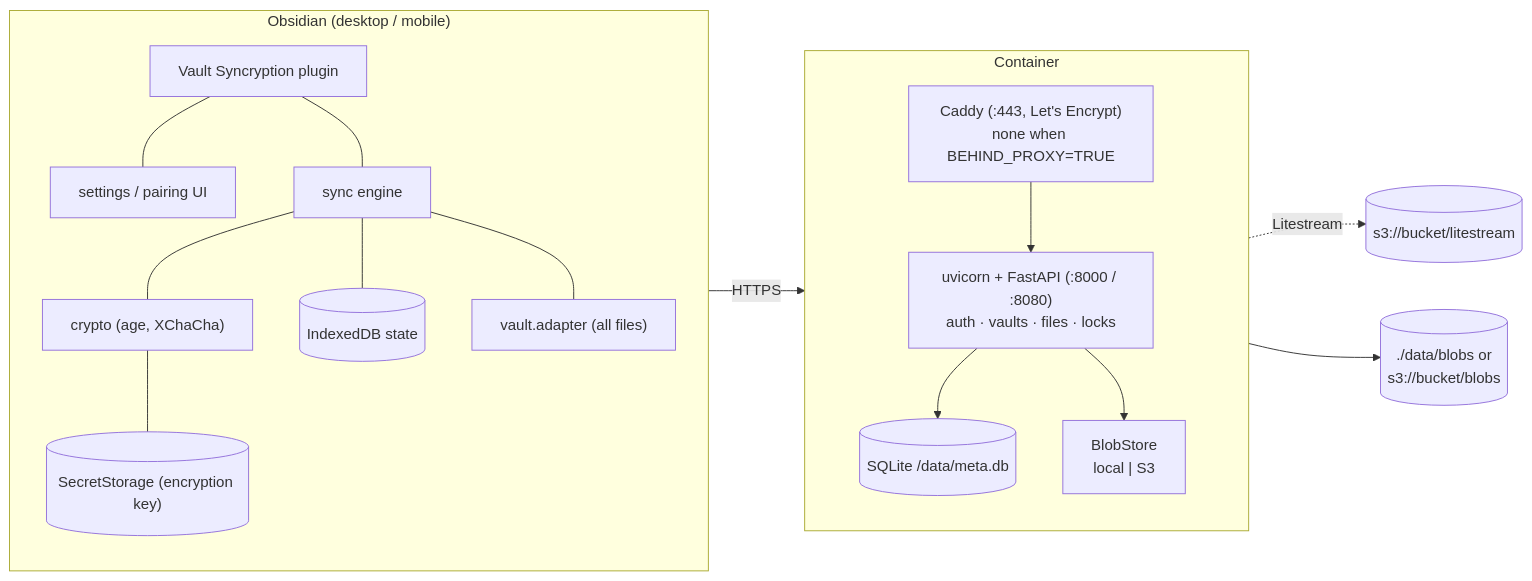
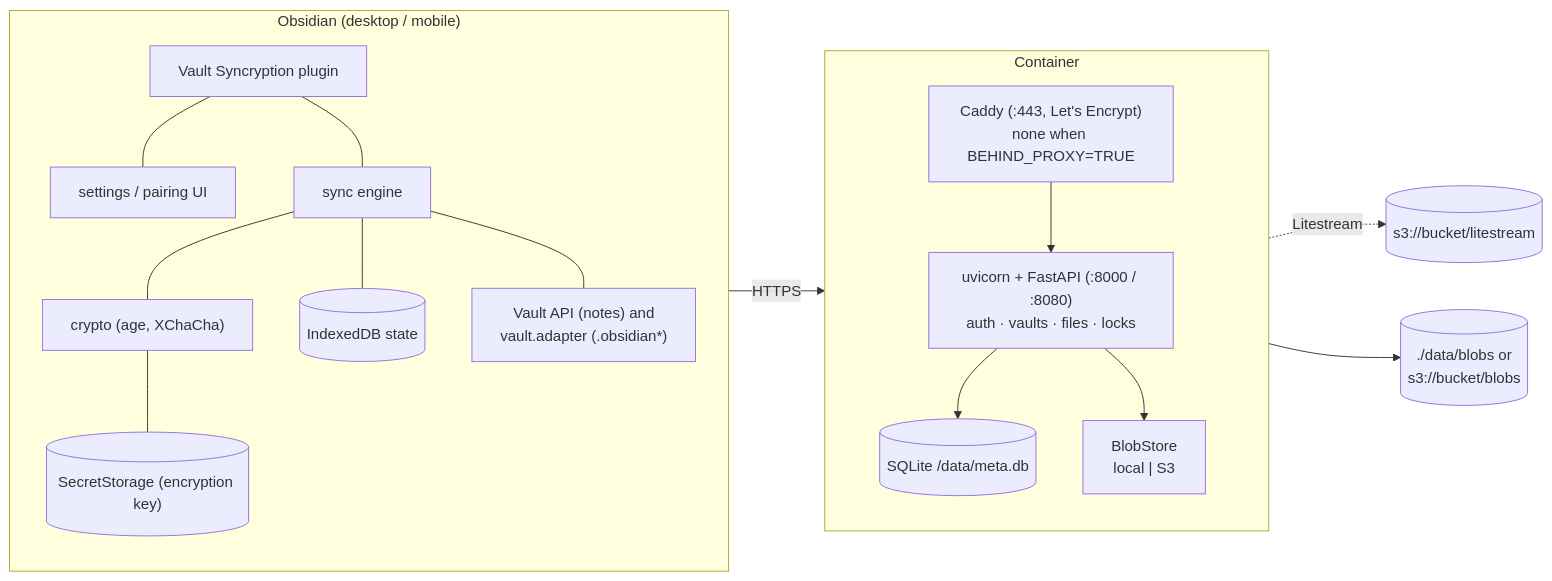
Before and after one commit to ibehren1/obsidian-vault-syncryption-beta: the first of 3 diagrams in docs/architecture.md, drawn with Mermaid. The commit also changed other lines of this file and 28 other files, not shown here.

````diff
--- a/docs/architecture.md
+++ b/docs/architecture.md
@@ -7,30 +7,30 @@
 ```mermaid
 flowchart LR
     subgraph client["Obsidian (desktop / mobile)"]
         direction TB
         plugin["Vault Syncryption plugin"]
         ui["settings / pairing UI"]
         engine["sync engine"]
         crypto["crypto (age, XChaCha)"]
         idb[("IndexedDB state")]
-        adapter["vault.adapter (all files)"]
+        adapter["Vault API (notes) and<br/>vault.adapter (.obsidian*)"]
         secret[("SecretStorage (encryption key)")]
         plugin --- ui & engine
         engine --- crypto & idb & adapter
         crypto --- secret
     end
 
     subgraph container["Container"]
         direction TB
         caddy["Caddy (:443, Let's Encrypt)<br/>none when BEHIND_PROXY=TRUE"]
         app["uvicorn + FastAPI (:8000 / :8080)<br/>auth · vaults · files · locks"]
         db[("SQLite /data/meta.db")]
         blobs["BlobStore<br/>local | S3"]
         caddy --> app
         app --> db & blobs
     end
 
     engine -- HTTPS --> caddy
     db -. Litestream .-> s3db[("s3://bucket/litestream")]
     blobs --> blobdest[("./data/blobs or<br/>s3://bucket/blobs")]
 ```
````
